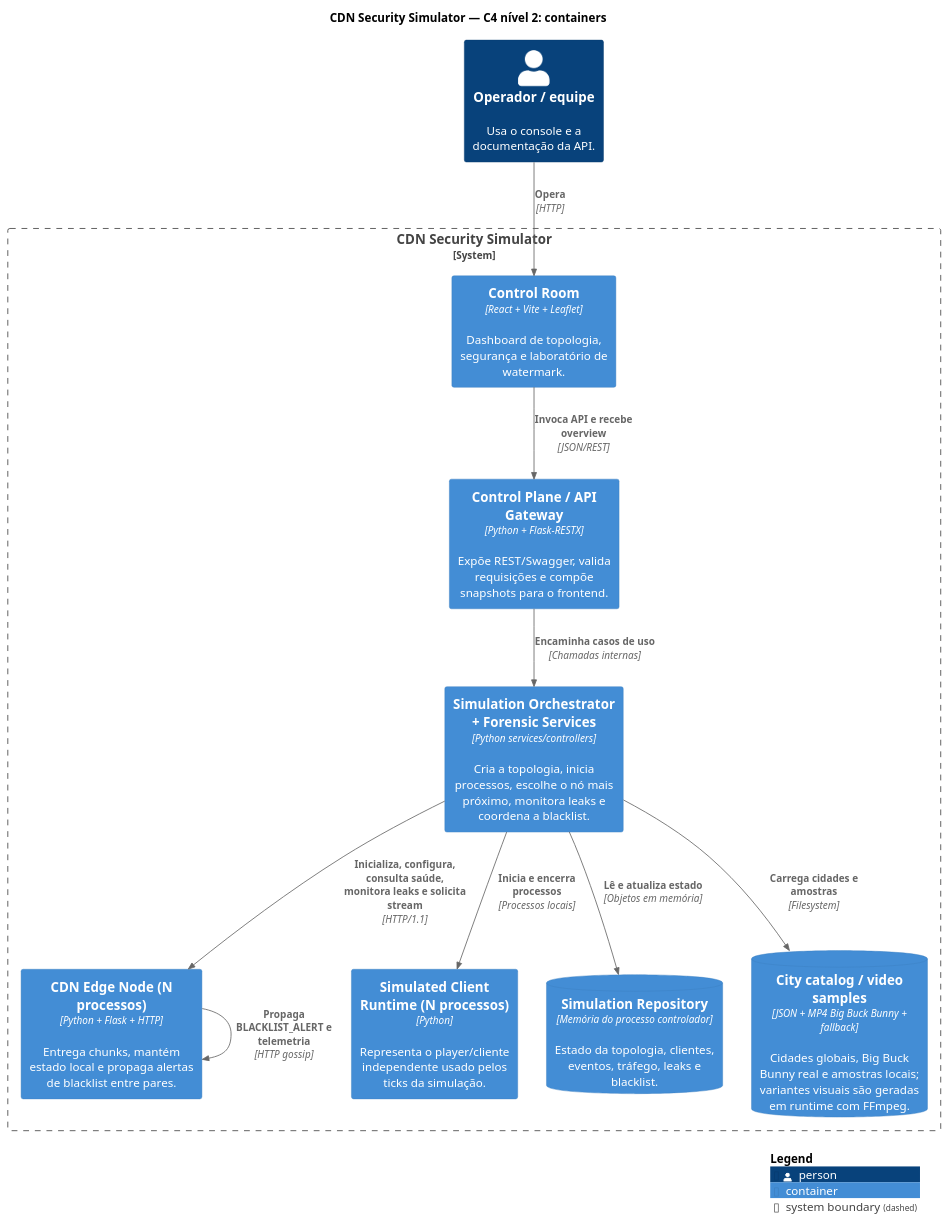
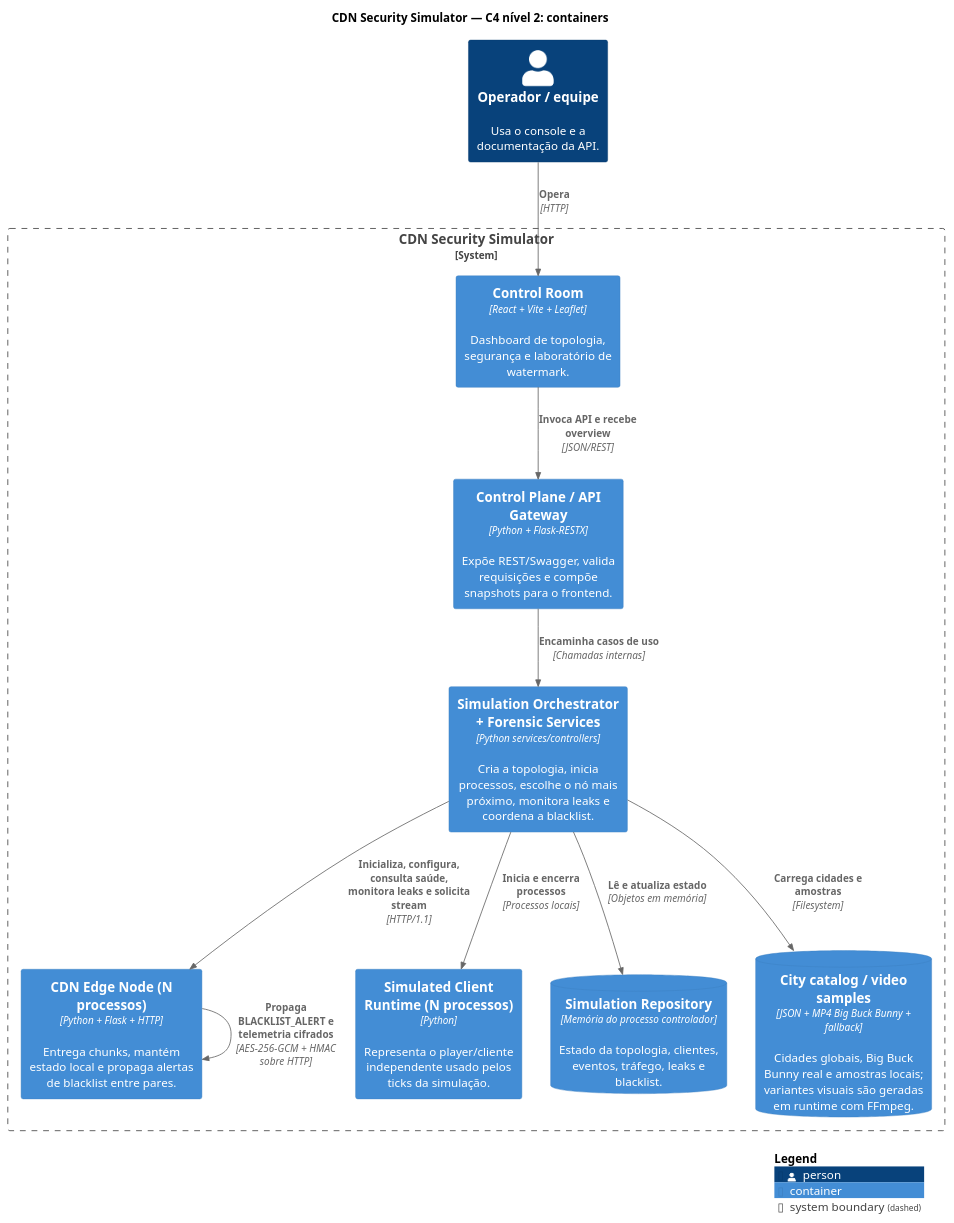
One commit to LuisReis09/CDN-Sentinel changed the diagram in docs/c4-containers.puml. Above: the diagram before and after it, drawn with PlantUML. The commit also changed 48 other files, not shown here.

```diff
--- a/docs/c4-containers.puml
+++ b/docs/c4-containers.puml
@@ -1,30 +1,30 @@
 @startuml c4-containers
 !include https://raw.githubusercontent.com/plantuml-stdlib/C4-PlantUML/master/C4_Container.puml
 
 title CDN Security Simulator — C4 nível 2: containers
 
 LAYOUT_WITH_LEGEND()
 
 Person(operator, "Operador / equipe", "Usa o console e a documentação da API.")
 
 System_Boundary(system, "CDN Security Simulator") {
   Container(frontend, "Control Room", "React + Vite + Leaflet", "Dashboard de topologia, segurança e laboratório de watermark.")
   Container(api, "Control Plane / API Gateway", "Python + Flask-RESTX", "Expõe REST/Swagger, valida requisições e compõe snapshots para o frontend.")
   Container(orchestrator, "Simulation Orchestrator + Forensic Services", "Python services/controllers", "Cria a topologia, inicia processos, escolhe o nó mais próximo, monitora leaks e coordena a blacklist.")
   Container(node, "CDN Edge Node (N processos)", "Python + Flask + HTTP", "Entrega chunks, mantém estado local e propaga alertas de blacklist entre pares.")
   Container(client, "Simulated Client Runtime (N processos)", "Python", "Representa o player/cliente independente usado pelos ticks da simulação.")
   ContainerDb(repository, "Simulation Repository", "Memória do processo controlador", "Estado da topologia, clientes, eventos, tráfego, leaks e blacklist.")
   ContainerDb(asset, "City catalog / video samples", "JSON + MP4 Big Buck Bunny + fallback", "Cidades globais, Big Buck Bunny real e amostras locais; variantes visuais são geradas em runtime com FFmpeg.")
 }
 
 Rel(operator, frontend, "Opera", "HTTP")
 Rel(frontend, api, "Invoca API e recebe overview", "JSON/REST")
 Rel(api, orchestrator, "Encaminha casos de uso", "Chamadas internas")
 Rel(orchestrator, repository, "Lê e atualiza estado", "Objetos em memória")
 Rel(orchestrator, node, "Inicializa, configura, consulta saúde, monitora leaks e solicita stream", "HTTP/1.1")
 Rel(orchestrator, client, "Inicia e encerra processos", "Processos locais")
-Rel(node, node, "Propaga BLACKLIST_ALERT e telemetria", "HTTP gossip")
+Rel(node, node, "Propaga BLACKLIST_ALERT e telemetria cifrados", "AES-256-GCM + HMAC sobre HTTP")
 Rel(orchestrator, asset, "Carrega cidades e amostras", "Filesystem")
 
 SHOW_LEGEND()
 @enduml
```
